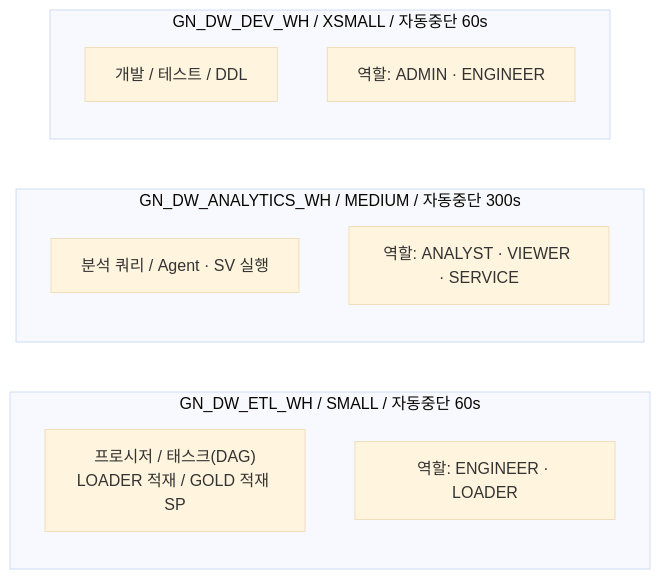
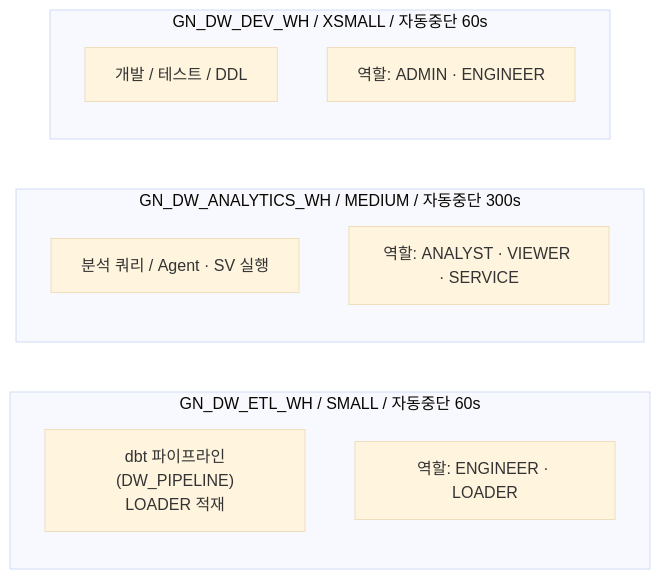
One commit to cih0802/snowflake_files changed the second of 4 diagrams in 02_GN_DW_building/05_ARCHITECTURE.md. Above: the diagram before and after it, drawn with Mermaid (base theme). The commit also changed other lines of this file and 45 other files, not shown here.

````diff
--- a/02_GN_DW_building/05_ARCHITECTURE.md
+++ b/02_GN_DW_building/05_ARCHITECTURE.md
@@ -114,18 +118,18 @@
 ```mermaid
 flowchart LR
   subgraph ETL["GN_DW_ETL_WH / SMALL / 자동중단 60s"]
     direction TB
-    E1["프로시저 / 태스크(DAG)<br/>LOADER 적재 / GOLD 적재 SP"]
+    E1["dbt 파이프라인(DW_PIPELINE)<br/>LOADER 적재"]
     E2["역할: ENGINEER · LOADER"]
   end
   subgraph ANA["GN_DW_ANALYTICS_WH / MEDIUM / 자동중단 300s"]
     direction TB
     A1["분석 쿼리 / Agent · SV 실행"]
     A2["역할: ANALYST · VIEWER · SERVICE"]
   end
   subgraph DEV["GN_DW_DEV_WH / XSMALL / 자동중단 60s"]
     direction TB
     D1["개발 / 테스트 / DDL"]
     D2["역할: ADMIN · ENGINEER"]
   end
 ```
````
